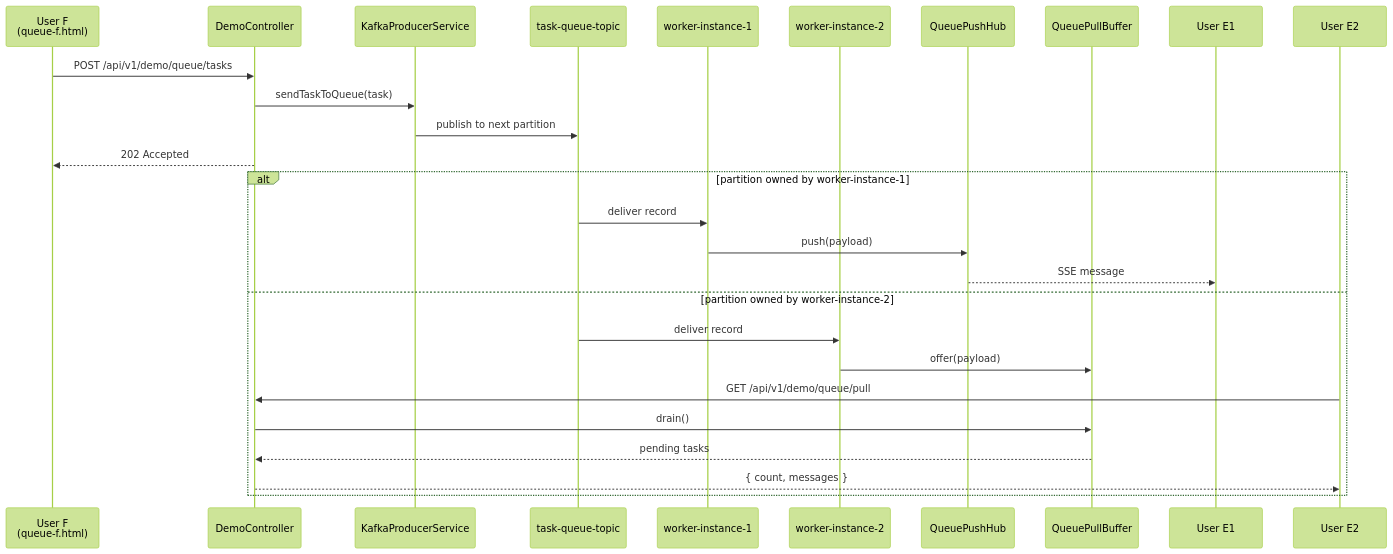
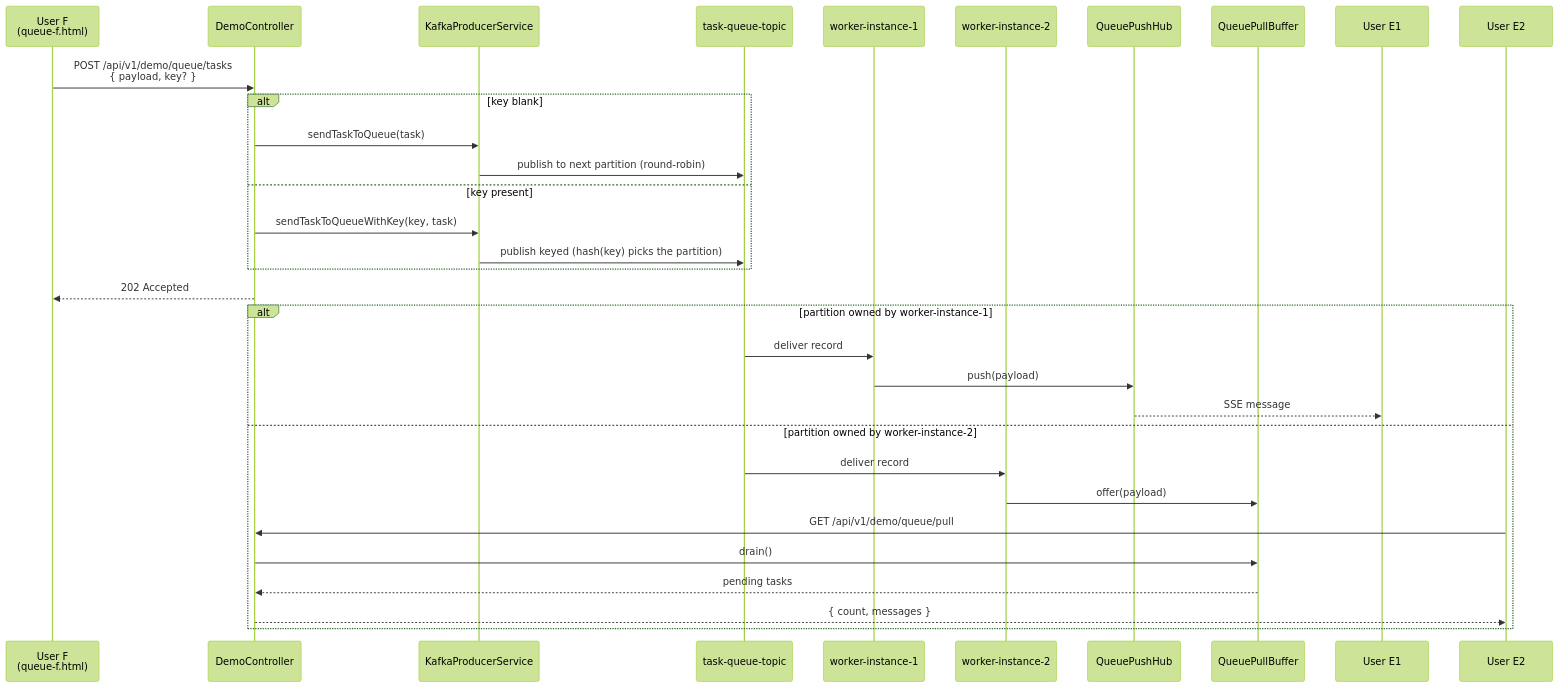
One commit to manydogs23/Kafka changed the third of 4 diagrams in docs/DEMO_DATAFLOWS.md. Above: the diagram before and after it, drawn with Mermaid (forest theme). The commit also changed other lines of this file and 7 other files, not shown here.

Commit message:
Add hash(key) case

````diff
--- a/docs/DEMO_DATAFLOWS.md
+++ b/docs/DEMO_DATAFLOWS.md
@@ -97,31 +97,36 @@
 ```mermaid
 sequenceDiagram
     participant F as User F<br/>(queue-f.html)
     participant API as DemoController
     participant P as KafkaProducerService
     participant K as task-queue-topic
     participant W1 as worker-instance-1
     participant W2 as worker-instance-2
     participant Push as QueuePushHub
     participant Pull as QueuePullBuffer
     participant E1 as User E1
     participant E2 as User E2
 
-    F->>API: POST /api/v1/demo/queue/tasks
-    API->>P: sendTaskToQueue(task)
-    P->>K: publish to next partition
+    F->>API: POST /api/v1/demo/queue/tasks<br/>{ payload, key? }
+    alt key blank
+        API->>P: sendTaskToQueue(task)
+        P->>K: publish to next partition (round-robin)
+    else key present
+        API->>P: sendTaskToQueueWithKey(key, task)
+        P->>K: publish keyed (hash(key) picks the partition)
+    end
     API-->>F: 202 Accepted
 
     alt partition owned by worker-instance-1
         K->>W1: deliver record
         W1->>Push: push(payload)
         Push-->>E1: SSE message
     else partition owned by worker-instance-2
         K->>W2: deliver record
         W2->>Pull: offer(payload)
         E2->>API: GET /api/v1/demo/queue/pull
         API->>Pull: drain()
         Pull-->>API: pending tasks
         API-->>E2: { count, messages }
     end
 ```
````
